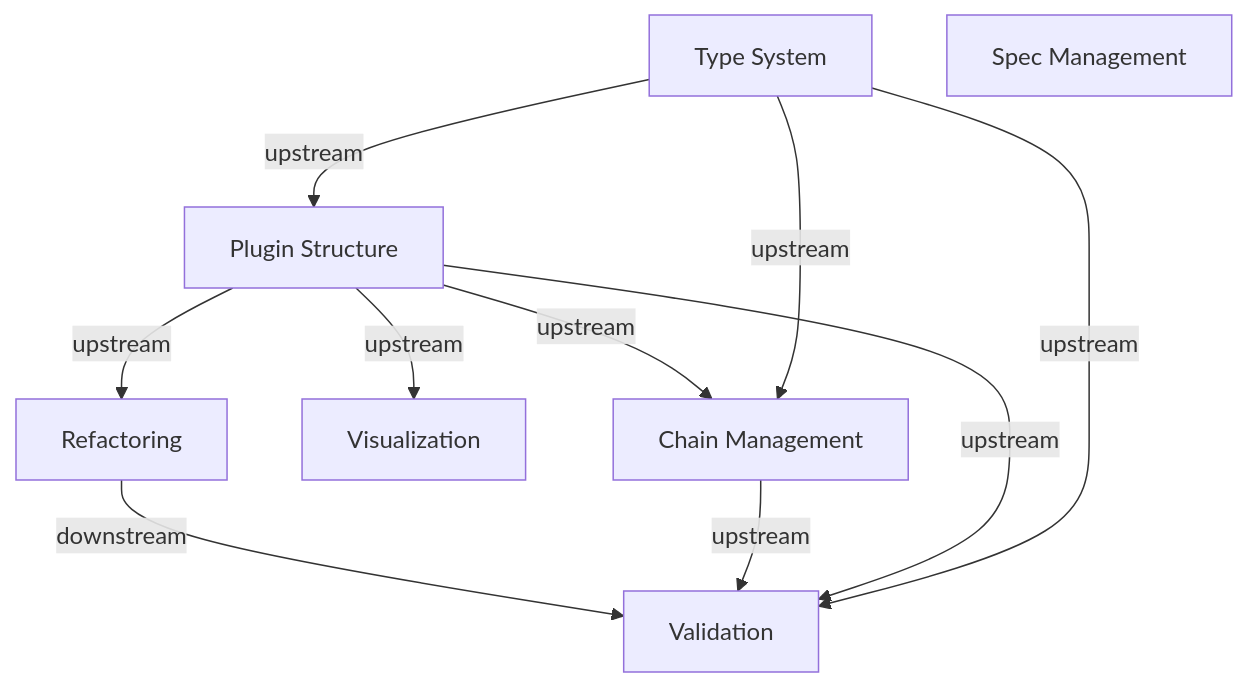
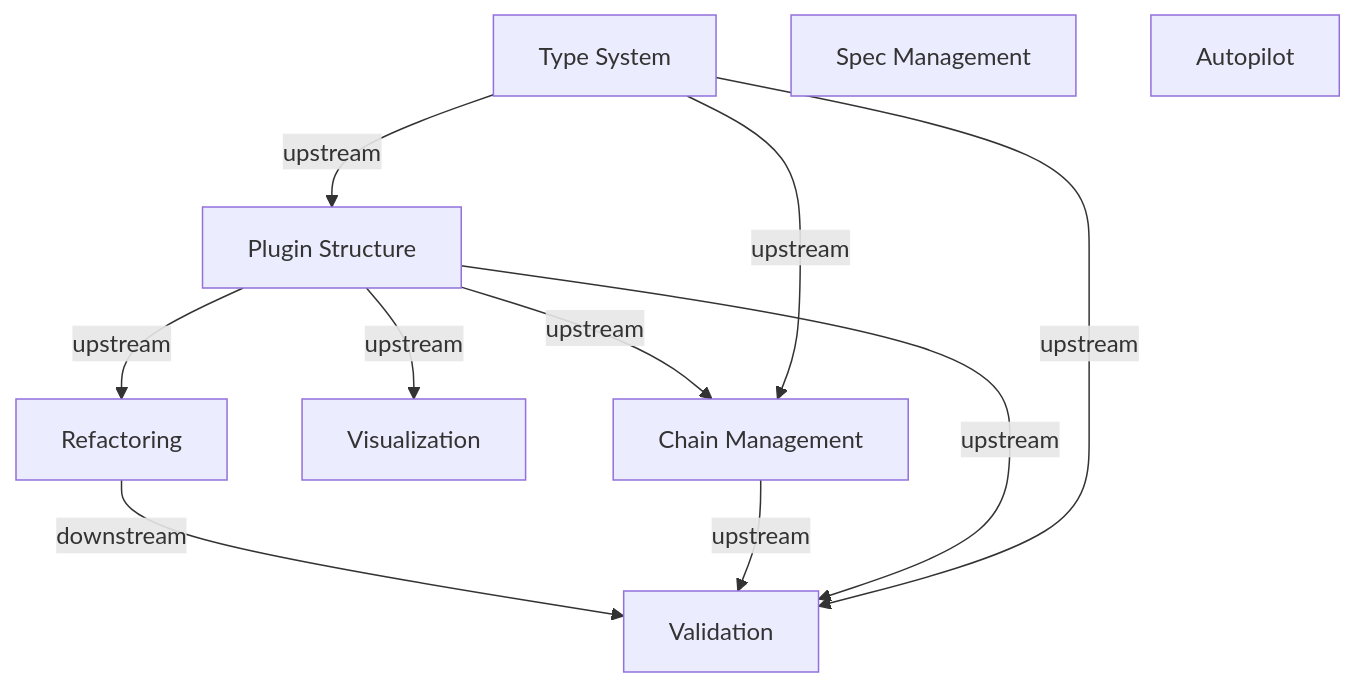
One commit to shuu5/twill changed the second of 2 diagrams in cli/twl/architecture/domain/model.md. Above: the diagram before and after it, drawn with Mermaid. The commit also changed other lines of this file and 7 other files, not shown here.

First line of the commit message:
docs(architecture): リファクタリング後のアーキテクチャ文書・CLAUDE.md 整合性更新

````diff
--- a/cli/twl/architecture/domain/model.md
+++ b/cli/twl/architecture/domain/model.md
@@ -111,20 +111,21 @@
 ```mermaid
 flowchart TD
     TS[Type System]
     PS[Plugin Structure]
     CM[Chain Management]
     V[Validation]
     VZ[Visualization]
     R[Refactoring]
     SM[Spec Management]
+    AP[Autopilot]
 
     TS -->|upstream| PS
     TS -->|upstream| CM
     TS -->|upstream| V
     PS -->|upstream| CM
     PS -->|upstream| V
     PS -->|upstream| VZ
     PS -->|upstream| R
     CM -->|upstream| V
     R -->|downstream| V
 ```
````
